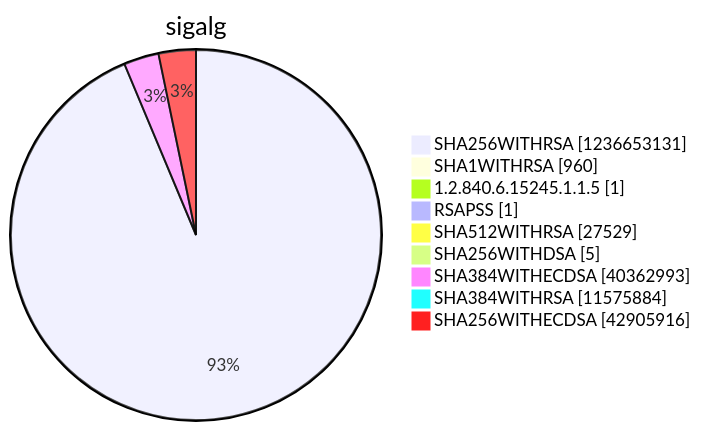
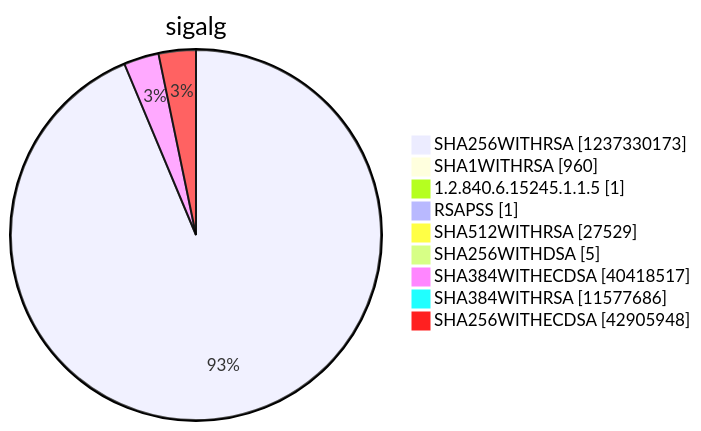
Before and after one commit to christiankrug/ctmonitor_visualization: diagram 15 of 15 in argon2022/README.md, drawn with Mermaid. The commit also changed other lines of this file, not shown here.

````diff
--- a/argon2022/README.md
+++ b/argon2022/README.md
@@ -5522,13 +5522,13 @@
 ```mermaid
 pie showData
 title sigalg
-"SHA256WITHRSA" :1236653131
+"SHA256WITHRSA" :1237330173
 "SHA1WITHRSA" :960
 "1.2.840.6.15245.1.1.5" :1
 "RSAPSS" :1
 "SHA512WITHRSA" :27529
 "SHA256WITHDSA" :5
-"SHA384WITHECDSA" :40362993
-"SHA384WITHRSA" :11575884
-"SHA256WITHECDSA" :42905916
+"SHA384WITHECDSA" :40418517
+"SHA384WITHRSA" :11577686
+"SHA256WITHECDSA" :42905948
 ```
````
